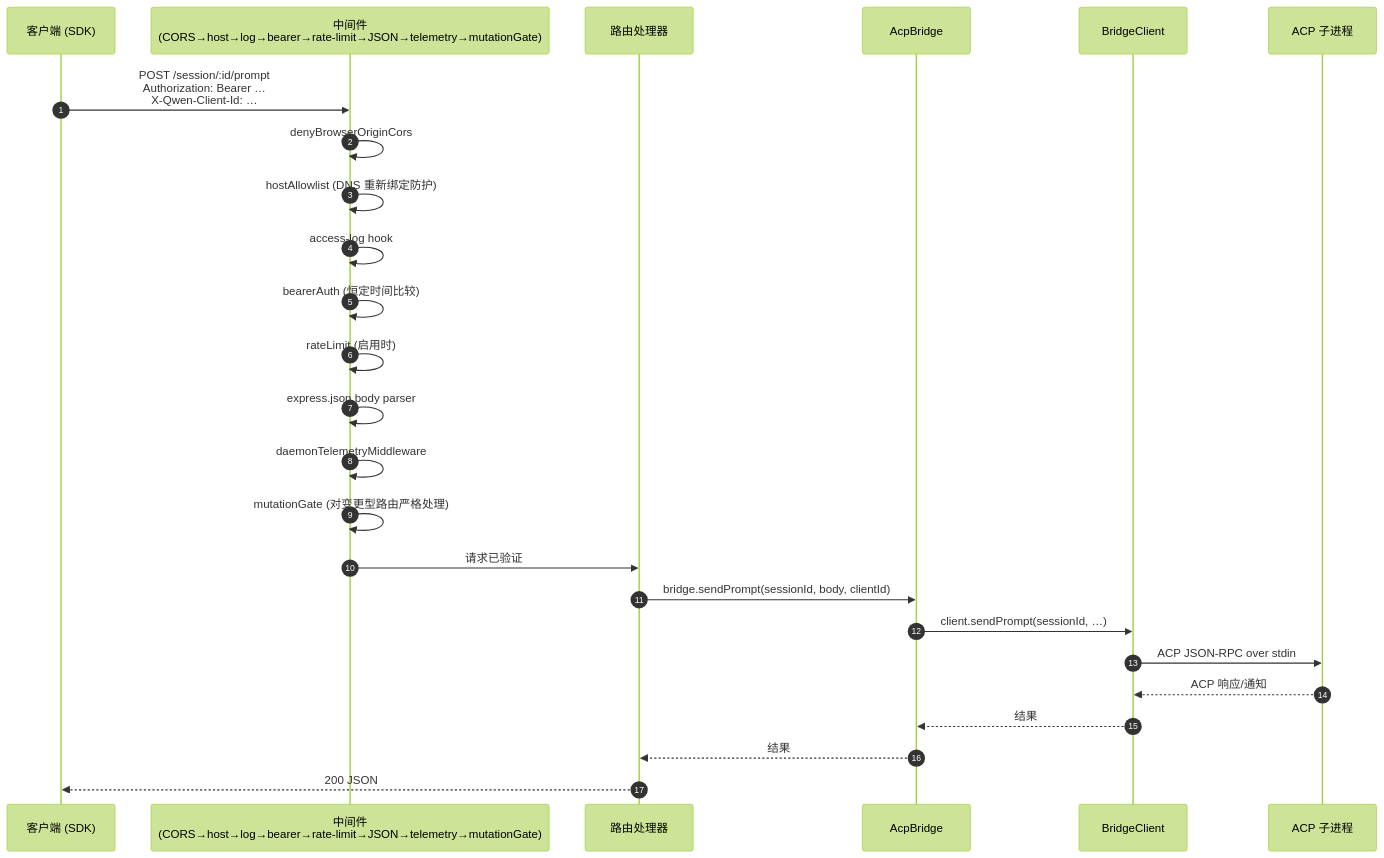
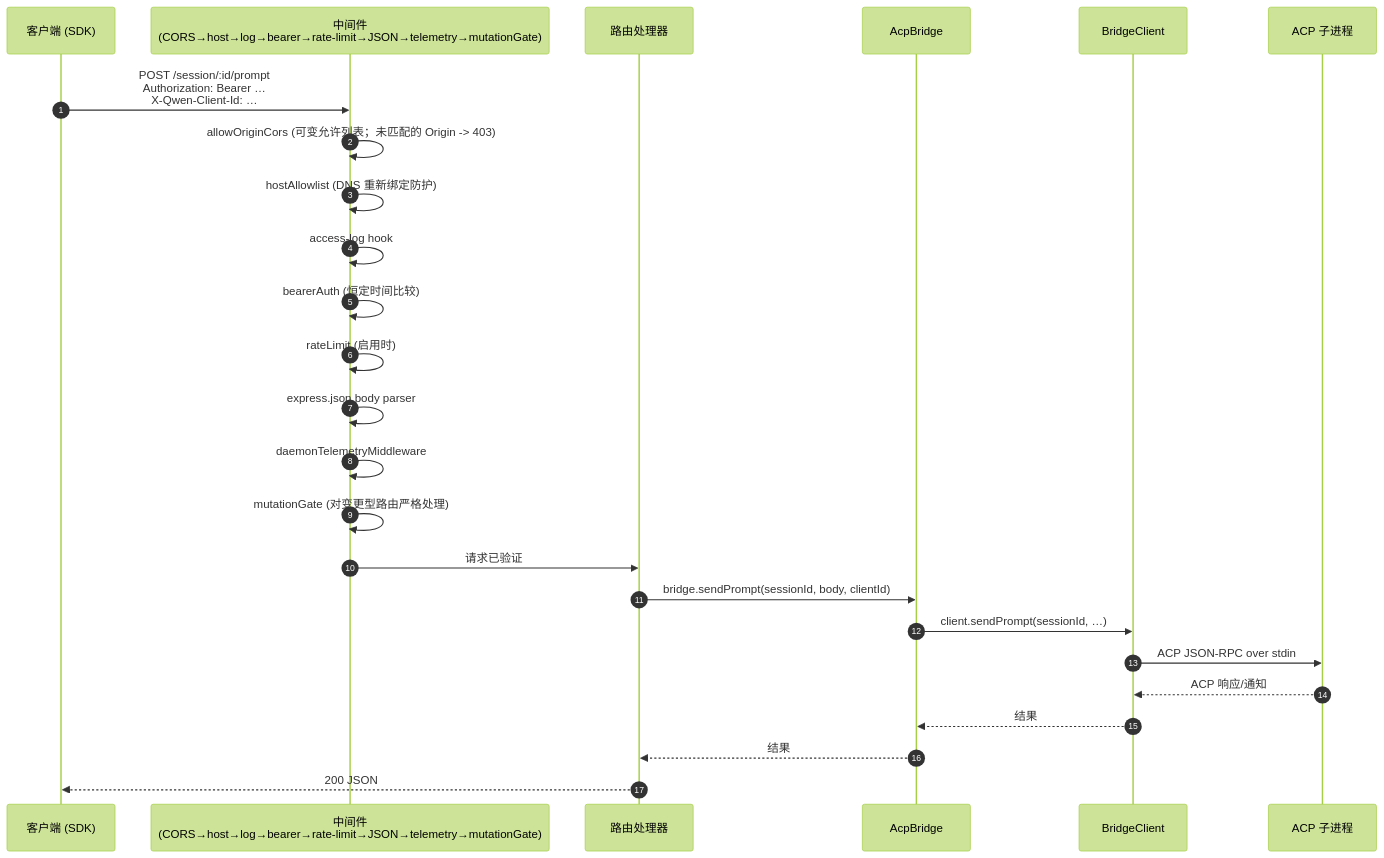
One commit to QwenLM/qwen-code-docs changed the third of 7 diagrams in website/content/zh/developers/daemon/01-architecture.md. Above: the diagram before and after it, drawn with Mermaid (forest theme). The commit also changed 83 other files, not shown here.

````diff
--- a/website/content/zh/developers/daemon/01-architecture.md
+++ b/website/content/zh/developers/daemon/01-architecture.md
@@ -146,28 +146,28 @@
 ```mermaid
 sequenceDiagram
     autonumber
     participant C as 客户端 (SDK)
     participant MW as 中间件<br/>(CORS→host→log→bearer→rate-limit→JSON→telemetry→mutationGate)
     participant R as 路由处理器
     participant BR as AcpBridge
     participant BC as BridgeClient
     participant CH as ACP 子进程
 
     C->>MW: POST /session/:id/prompt<br/>Authorization: Bearer …<br/>X-Qwen-Client-Id: …
-    MW->>MW: denyBrowserOriginCors
+    MW->>MW: allowOriginCors (可变允许列表；未匹配的 Origin -> 403)
     MW->>MW: hostAllowlist (DNS 重新绑定防护)
     MW->>MW: access-log hook
     MW->>MW: bearerAuth (恒定时间比较)
     MW->>MW: rateLimit (启用时)
     MW->>MW: express.json body parser
     MW->>MW: daemonTelemetryMiddleware
     MW->>MW: mutationGate (对变更型路由严格处理)
     MW->>R: 请求已验证
     R->>BR: bridge.sendPrompt(sessionId, body, clientId)
     BR->>BC: client.sendPrompt(sessionId, …)
     BC->>CH: ACP JSON-RPC over stdin
     CH-->>BC: ACP 响应/通知
     BC-->>BR: 结果
     BR-->>R: 结果
     R-->>C: 200 JSON
 ```
````
